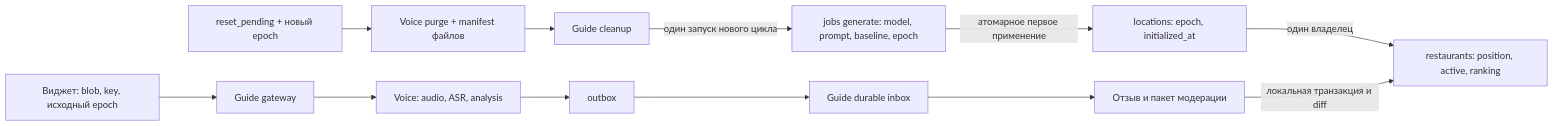
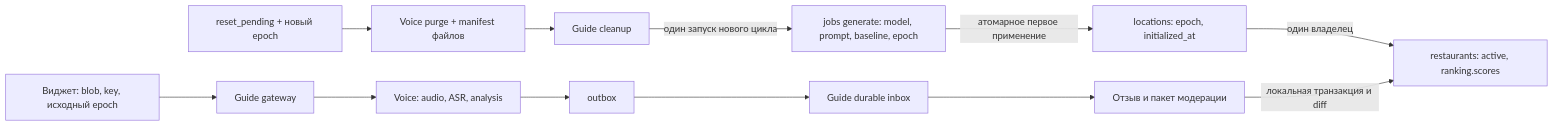
Before and after one commit to involtax/involta-guide: the diagram in docs/CURRENT_STATE.md, drawn with Mermaid. The commit also changed other lines of this file and 17 other files, not shown here.

````diff
--- a/docs/CURRENT_STATE.md
+++ b/docs/CURRENT_STATE.md
@@ -57,14 +59,14 @@
 ```mermaid
 flowchart LR
-    L[locations: epoch, initialized_at] -->|один владелец| R[restaurants: position, active, ranking]
+    L[locations: epoch, initialized_at] -->|один владелец| R[restaurants: active, ranking.scores]
     J[jobs generate: model, prompt, baseline, epoch] -->|атомарное первое применение| L
     W[Виджет: blob, key, исходный epoch] --> G[Guide gateway]
     G --> V[Voice: audio, ASR, analysis]
     V --> O[outbox]
     O --> I[Guide durable inbox]
     I --> P[Отзыв и пакет модерации]
     P -->|локальная транзакция и diff| R
     S[reset_pending + новый epoch] --> VP[Voice purge + manifest файлов]
     VP --> GP[Guide cleanup]
     GP -->|один запуск нового цикла| J
 ```
````
